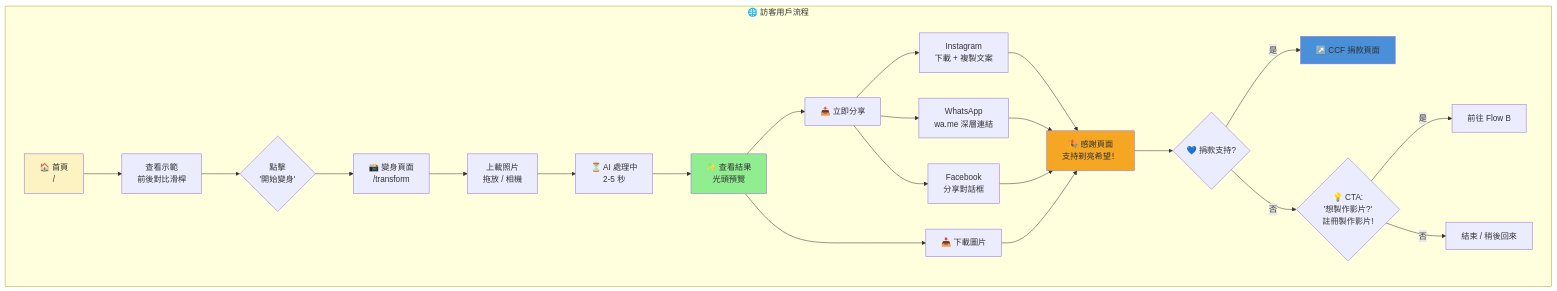
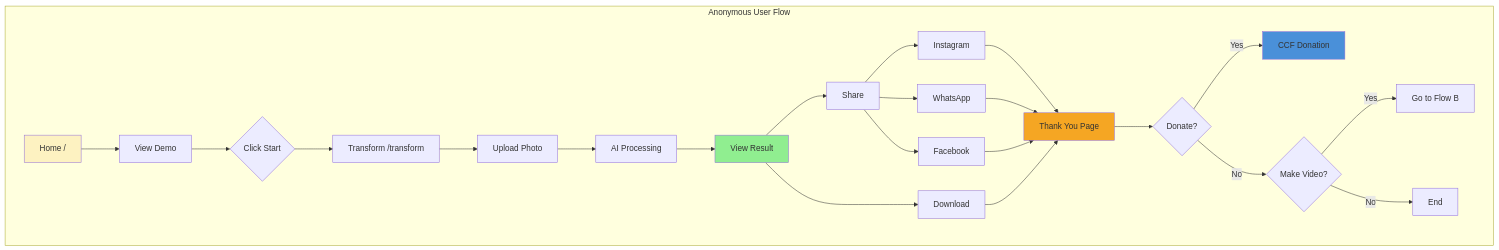
One commit to ZorroCheng-MC/sharehub changed the first of 7 diagrams in documents/2026-01-06-ccf-shave-for-hope-technical-plan.md. Above: the diagram before and after it, drawn with Mermaid. The commit also changed other lines of this file, not shown here.

Commit message:
Fix Mermaid diagram syntax for GitHub Pages rendering

````diff
--- a/documents/2026-01-06-ccf-shave-for-hope-technical-plan.md
+++ b/documents/2026-01-06-ccf-shave-for-hope-technical-plan.md
@@ -56,35 +56,35 @@
 ```mermaid
 flowchart TD
-    subgraph ANONYMOUS["🌐 訪客用戶流程"]
-        A[🏠 首頁<br/>/] --> B[查看示範<br/>前後對比滑桿]
-        B --> C{點擊<br/>'開始變身'}
-        C --> D[📸 變身頁面<br/>/transform]
-        D --> E[上載照片<br/>拖放 / 相機]
-        E --> F[⏳ AI 處理中<br/>2-5 秒]
-        F --> G[✨ 查看結果<br/>光頭預覽]
+    subgraph ANONYMOUS["Anonymous User Flow"]
+        A["Home /"] --> B["View Demo"]
+        B --> C{"Click Start"}
+        C --> D["Transform /transform"]
+        D --> E["Upload Photo"]
+        E --> F["AI Processing"]
+        F --> G["View Result"]
 
-        G --> H[📥 下載圖片]
-        G --> I[📤 立即分享]
+        G --> H["Download"]
+        G --> I["Share"]
 
-        I --> J[Instagram<br/>下載 + 複製文案]
-        I --> K[WhatsApp<br/>wa.me 深層連結]
-        I --> L[Facebook<br/>分享對話框]
+        I --> J["Instagram"]
+        I --> K["WhatsApp"]
+        I --> L["Facebook"]
 
-        J --> X[🎉 感謝頁面<br/>支持剃亮希望！]
+        J --> X["Thank You Page"]
         K --> X
         L --> X
         H --> X
 
-        X --> Y{💙 捐款支持?}
-        Y -->|是| Z[↗️ CCF 捐款頁面]
-        Y -->|否| M{💡 CTA:<br/>'想製作影片?'<br/>註冊製作影片!}
+        X --> Y{"Donate?"}
+        Y -->|Yes| Z["CCF Donation"]
+        Y -->|No| M{"Make Video?"}
 
-        M -->|是| N[前往 Flow B]
-        M -->|否| O[結束 / 稍後回來]
+        M -->|Yes| N["Go to Flow B"]
+        M -->|No| O["End"]
     end
 
     style A fill:#FDF2C1
     style G fill:#90EE90
     style X fill:#F5A623
     style Z fill:#4A90D9
 ```
````
